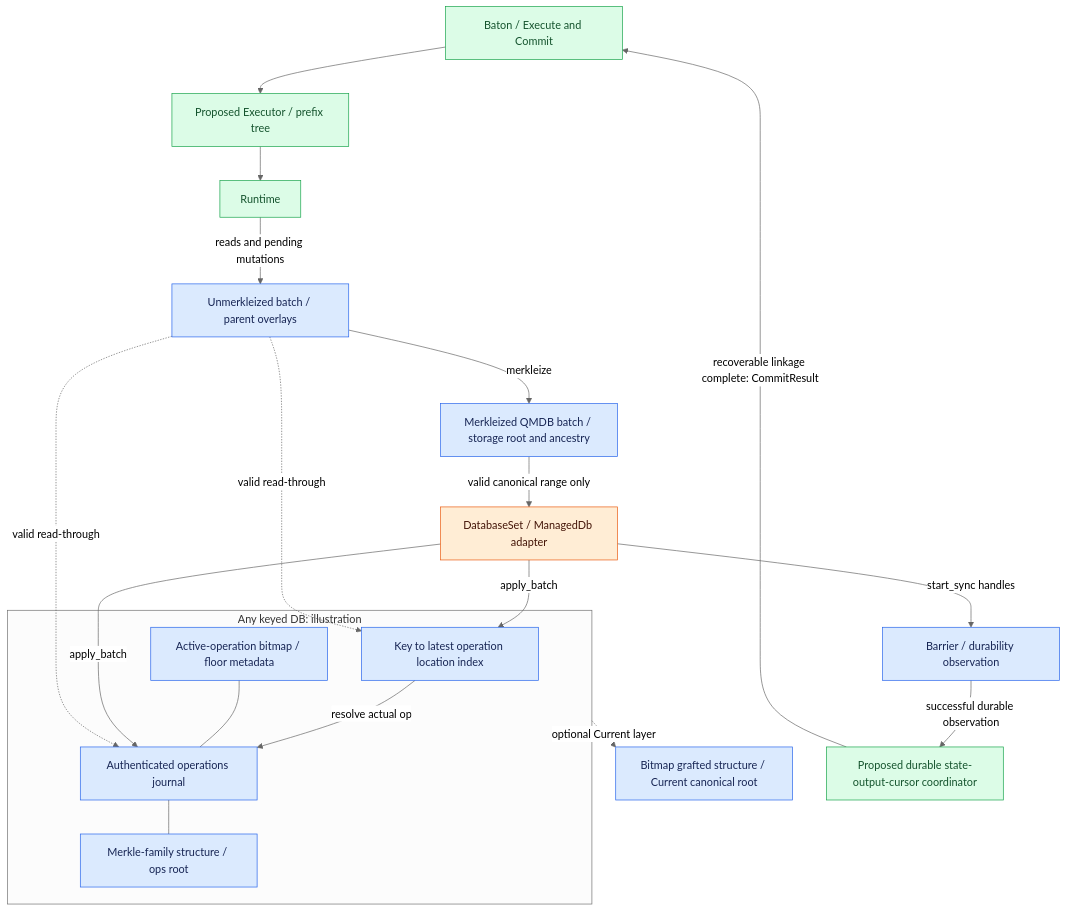
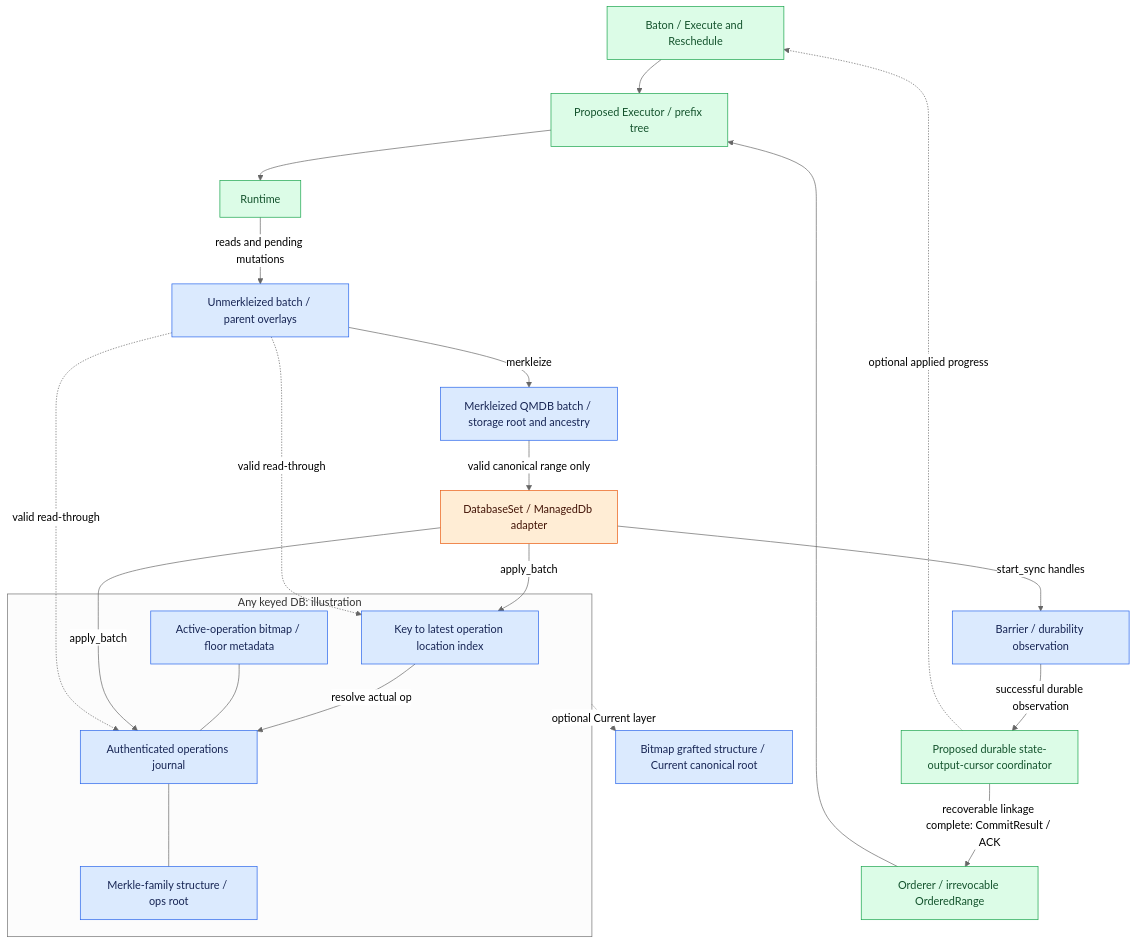
Diagram 17 of 18 in IMPLEMENTATION_SPEC.md (djm07073/baton-research), drawn with Mermaid (neutral theme) before and after one commit. The commit also changed other lines of this file and 30 other files, not shown here.

````diff
--- a/IMPLEMENTATION_SPEC.md
+++ b/IMPLEMENTATION_SPEC.md
@@ -1351,31 +1383,33 @@
 ```mermaid
 flowchart TB
-    B[Baton / Execute and Commit] --> O[Proposed Executor / prefix tree]
+    B[Baton / Execute and Reschedule] --> O[Proposed Executor / prefix tree]
+    ORDER[Orderer / irrevocable OrderedRange] --> O
     O --> R[Runtime]
     R -->|reads and pending mutations| U[Unmerkleized batch / parent overlays]
     U -->|merkleize| K[Merkleized QMDB batch / storage root and ancestry]
     K -->|valid canonical range only| D[DatabaseSet / ManagedDb adapter]
     subgraph Q[Any keyed DB: illustration]
         I[Key to latest operation location index]
         L[Authenticated operations journal]
         M[Merkle-family structure / ops root]
         A[Active-operation bitmap / floor metadata]
         I -->|resolve actual op| L
         L --- M
         A --- L
     end
     D -->|apply_batch| I
     D -->|apply_batch| L
     U -. valid read-through .-> I
     U -. valid read-through .-> L
     Q -. optional Current layer .-> C[Bitmap grafted structure / Current canonical root]
     D -->|start_sync handles| F[Barrier / durability observation]
     F -->|successful durable observation| J[Proposed durable state-output-cursor coordinator]
-    J -->|recoverable linkage complete: CommitResult| B
+    J -->|recoverable linkage complete: CommitResult / ACK| ORDER
+    J -. optional applied progress .-> B
     classDef reuse fill:#dbeafe,stroke:#2563eb,color:#172554;
     classDef adapt fill:#ffedd5,stroke:#ea580c,color:#431407;
     classDef fresh fill:#dcfce7,stroke:#16a34a,color:#14532d;
     class U,K,I,L,M,A,C,F reuse;
     class D adapt;
-    class B,O,R,J fresh;
+    class B,ORDER,O,R,J fresh;
 ```
````
